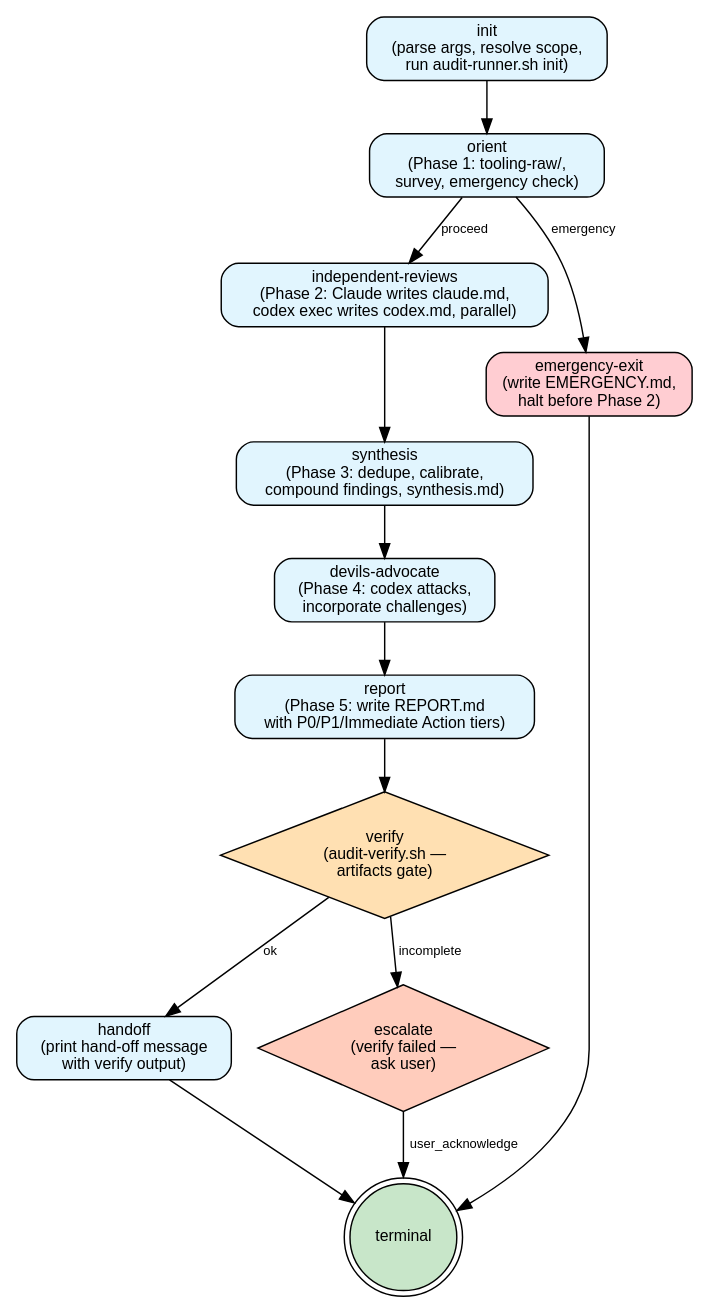
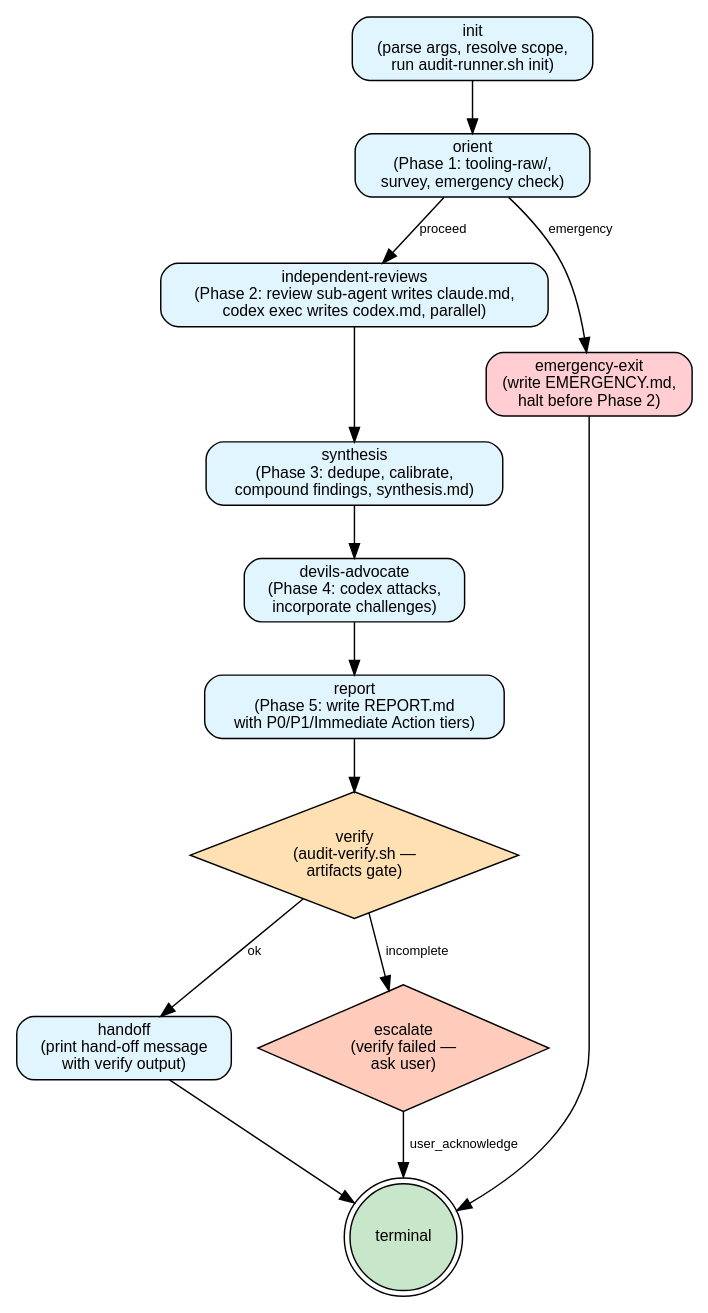
One commit to coreydaley/agent-config changed the diagram in skills/audit-architecture/graph.dot. Above: the diagram before and after it, drawn with Graphviz. The commit also changed 149 other files, not shown here.

First line of the commit message:
refactor(audit): run the Claude-side review in an independent sub-agent

```diff
--- a/skills/audit-architecture/graph.dot
+++ b/skills/audit-architecture/graph.dot
@@ -1,67 +1,67 @@
 // Architecture Audit state machine.
 //
 // Source of truth for the /audit-architecture skill's flow. The walker
 // (Claude, per SKILL.md) reads each node's prose from nodes/<id>.md,
 // performs the work, evaluates the outgoing edges' conditions against
 // the current state (primarily MANIFEST.json + artifact files), and
 // transitions. The structural enforcement points are lib/audit-runner.sh
 // (which owns $AUDIT_DIR creation) and lib/audit-verify.sh (which gates
 // the handoff edge).
 //
 // This is the canonical graph shared by every /audit-* skill. Audits
 // without Phase 1 tooling still walk orient (it's a no-op for them);
 // audits without emergency-exit conditions just never take the
 // orient -> emergency_exit edge. The graph stays uniform.
 //
 // Render to SVG with scripts/render.sh. Validate with scripts/validate.py.
 
 digraph audit_architecture {
     rankdir=TB;
     bgcolor="white";
     node  [fontname="Helvetica", fontsize=11];
     edge  [fontname="Helvetica", fontsize=9];
 
     // -- Process nodes (rounded boxes, light blue) ----------------------
     init                [shape=box, style="rounded,filled", fillcolor="#e1f5fe",
                          label="init\n(parse args, resolve scope,\nrun audit-runner.sh init)"];
     orient              [shape=box, style="rounded,filled", fillcolor="#e1f5fe",
                          label="orient\n(Phase 1: tooling-raw/,\nsurvey, emergency check)"];
     independent_reviews [shape=box, style="rounded,filled", fillcolor="#e1f5fe",
-                         label="independent-reviews\n(Phase 2: Claude writes claude.md,\ncodex exec writes codex.md, parallel)"];
+                         label="independent-reviews\n(Phase 2: review sub-agent writes claude.md,\ncodex exec writes codex.md, parallel)"];
     synthesis           [shape=box, style="rounded,filled", fillcolor="#e1f5fe",
                          label="synthesis\n(Phase 3: dedupe, calibrate,\ncompound findings, synthesis.md)"];
     devils_advocate     [shape=box, style="rounded,filled", fillcolor="#e1f5fe",
                          label="devils-advocate\n(Phase 4: codex attacks,\nincorporate challenges)"];
     report              [shape=box, style="rounded,filled", fillcolor="#e1f5fe",
                          label="report\n(Phase 5: write REPORT.md\nwith P0/P1/Immediate Action tiers)"];
     emergency_exit      [shape=box, style="rounded,filled", fillcolor="#ffcdd2",
                          label="emergency-exit\n(write EMERGENCY.md,\nhalt before Phase 2)"];
     handoff             [shape=box, style="rounded,filled", fillcolor="#e1f5fe",
                          label="handoff\n(print hand-off message\nwith verify output)"];
 
     // -- Decision nodes (diamonds) -------------------------------------
     verify              [shape=diamond, style=filled, fillcolor="#ffe0b2",
                          label="verify\n(audit-verify.sh —\nartifacts gate)"];
 
     // -- User-input nodes (coral diamonds) -----------------------------
     escalate            [shape=diamond, style=filled, fillcolor="#ffccbc",
                          label="escalate\n(verify failed —\nask user)"];
 
     // -- Terminal (green double-circle) --------------------------------
     terminal            [shape=doublecircle, style=filled, fillcolor="#c8e6c9",
                          label="terminal"];
 
     // -- Edges ---------------------------------------------------------
     init                -> orient;
     orient              -> independent_reviews [label="proceed"];
     orient              -> emergency_exit      [label="emergency"];
     emergency_exit      -> terminal;
     independent_reviews -> synthesis;
     synthesis           -> devils_advocate;
     devils_advocate     -> report;
     report              -> verify;
     verify              -> handoff             [label="ok"];
     verify              -> escalate            [label="incomplete"];
     escalate            -> terminal            [label="user_acknowledge"];
     handoff             -> terminal;
 }
```
